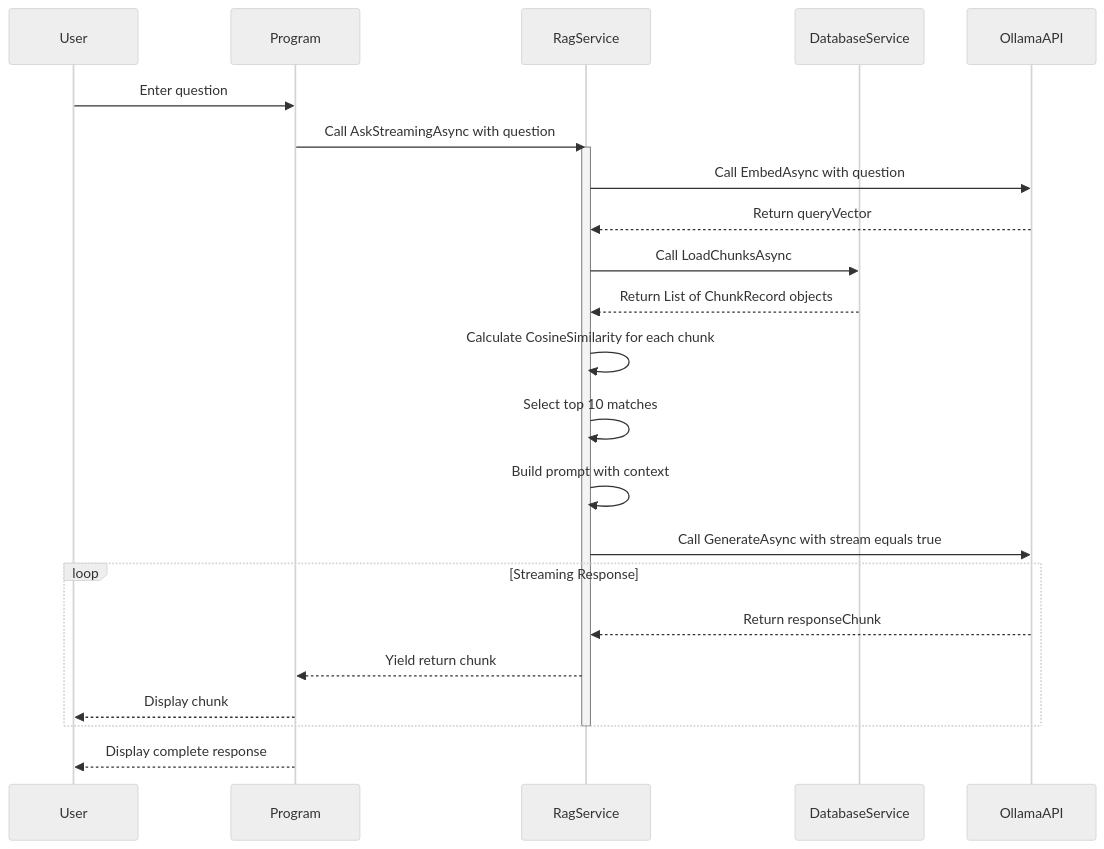
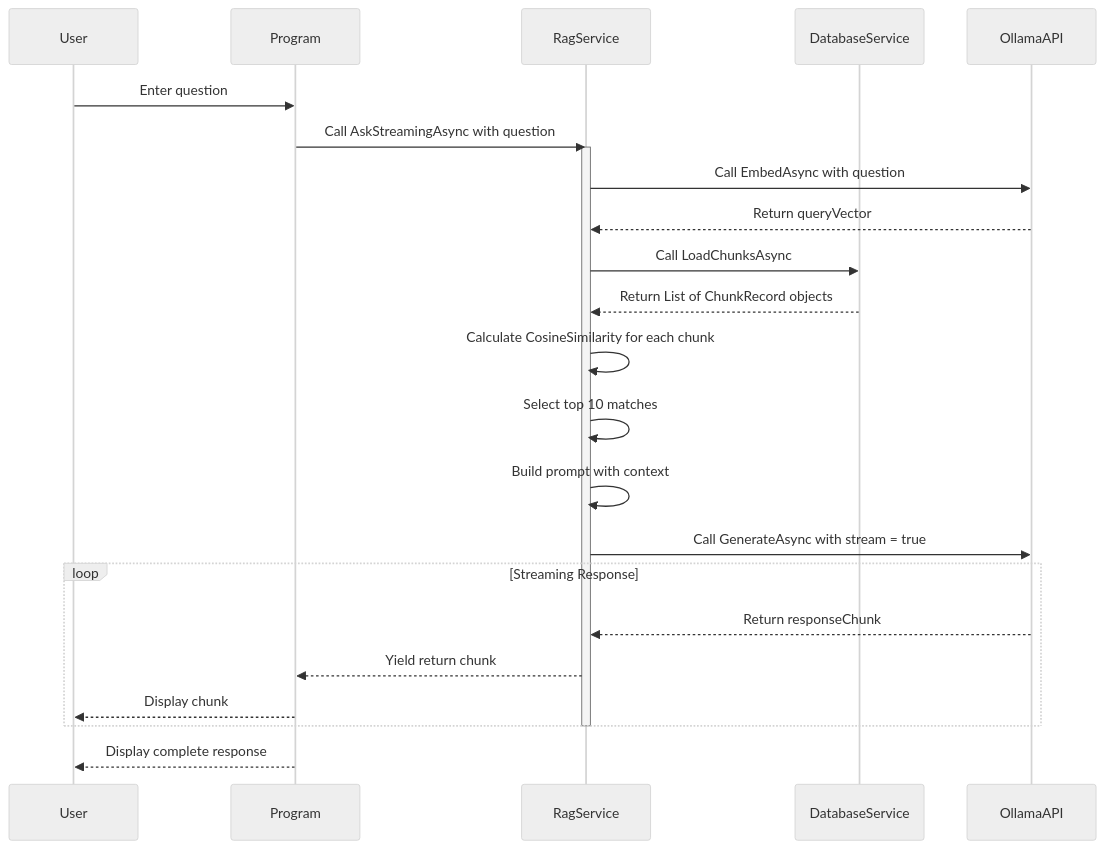
The second of 11 diagrams in doc/Technical Architecture Document.md (andikatjacobdennis/Local-RAG-With-OllamaSharp), drawn with Mermaid (neutral theme) before and after one commit. The commit also changed other lines of this file, not shown here.

````diff
--- a/doc/Technical Architecture Document.md
+++ b/doc/Technical Architecture Document.md
@@ -99,34 +101,34 @@
 ```mermaid
 sequenceDiagram
     participant User
     participant Program
     participant RagService
     participant DatabaseService
     participant OllamaAPI
     
     User->>Program: Enter question
     Program->>RagService: Call AskStreamingAsync with question
     
     activate RagService
     RagService->>OllamaAPI: Call EmbedAsync with question
     OllamaAPI-->>RagService: Return queryVector
     
     RagService->>DatabaseService: Call LoadChunksAsync
     DatabaseService-->>RagService: Return List of ChunkRecord objects
     
     RagService->>RagService: Calculate CosineSimilarity for each chunk
     RagService->>RagService: Select top 10 matches
     
     RagService->>RagService: Build prompt with context
     
-    RagService->>OllamaAPI: Call GenerateAsync with stream equals true
+    RagService->>OllamaAPI: Call GenerateAsync with stream = true
     
     loop Streaming Response
         OllamaAPI-->>RagService: Return responseChunk
         RagService-->>Program: Yield return chunk
         Program-->>User: Display chunk
     end
     
     deactivate RagService
     Program-->>User: Display complete response
 ```
````
